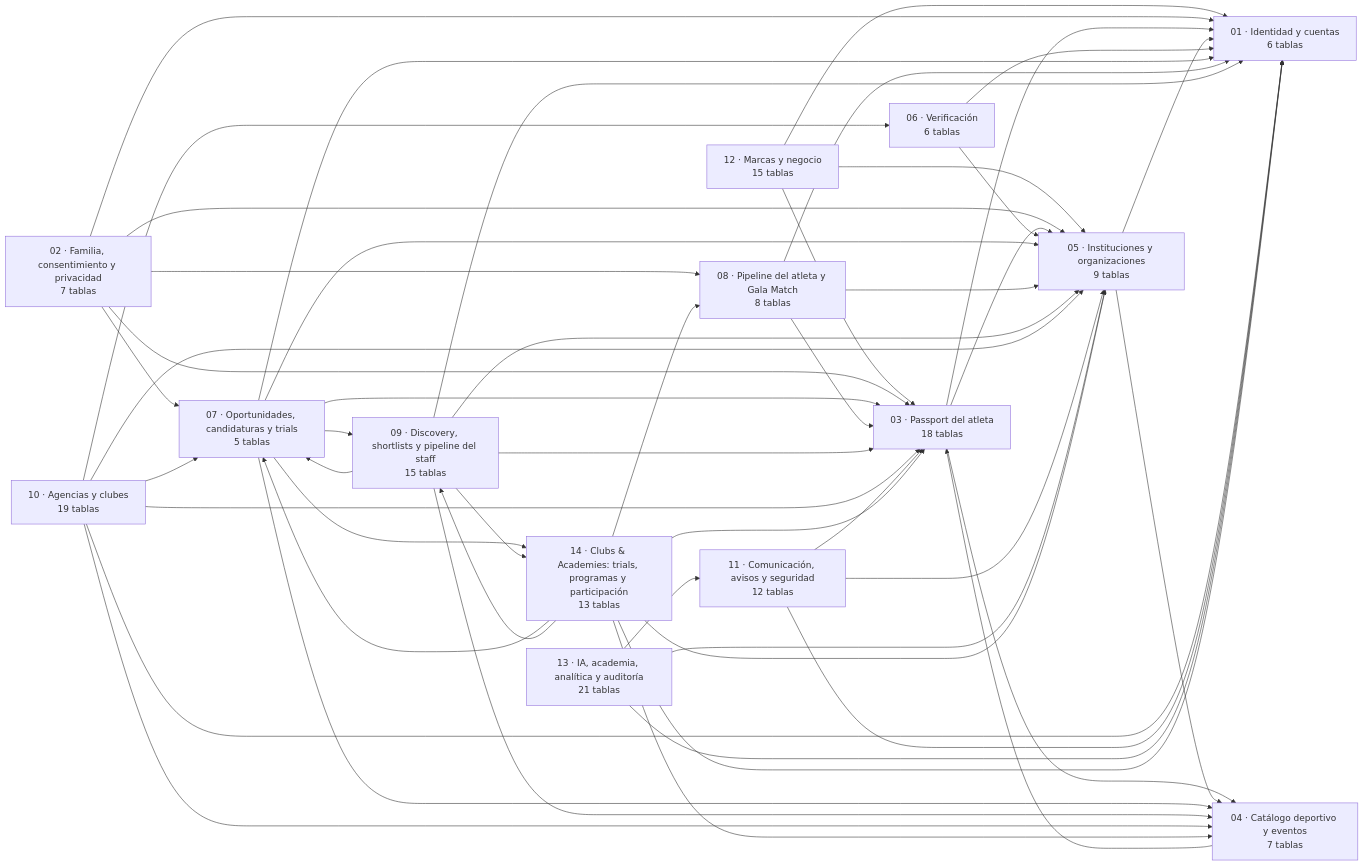
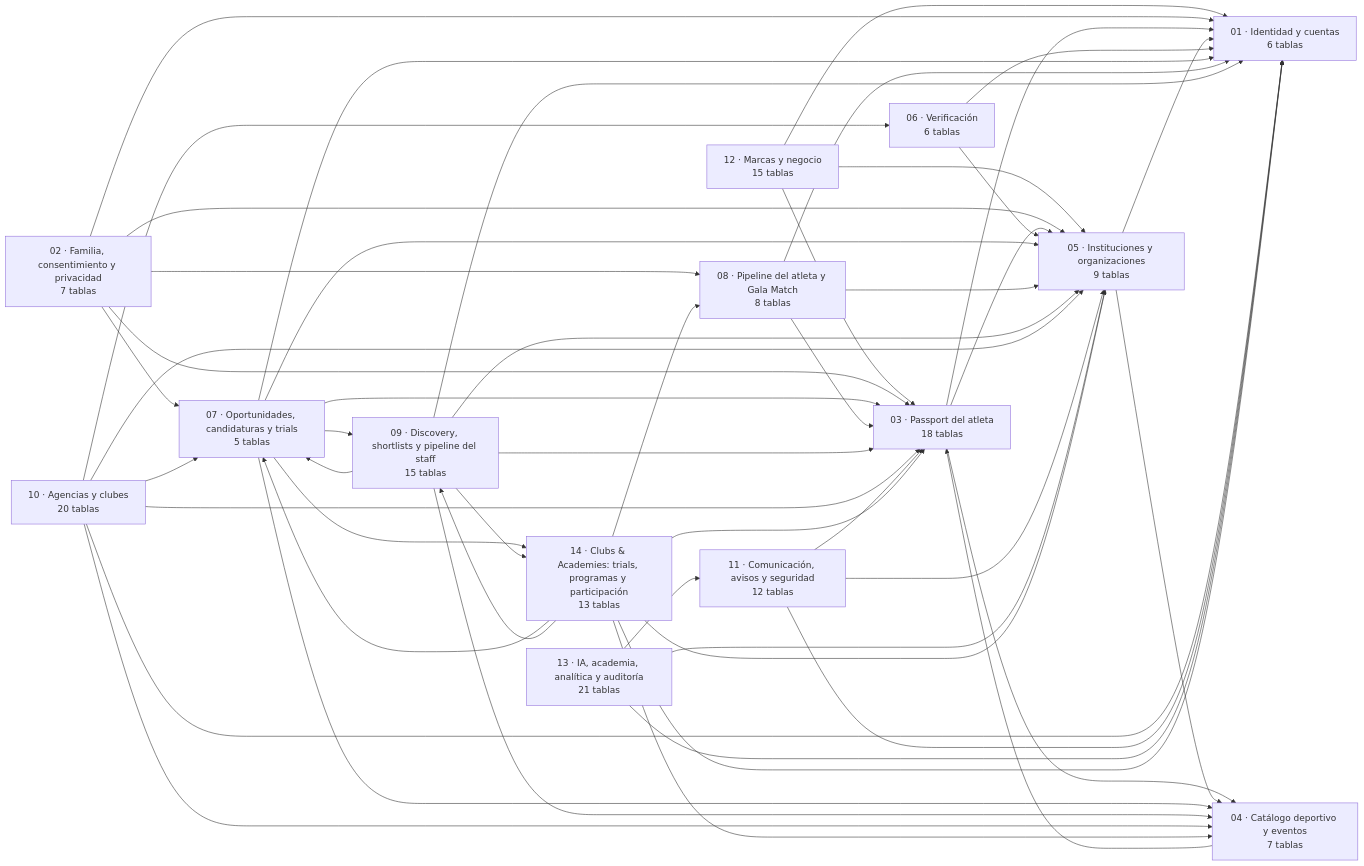
Before and after one commit to Galacamarena9/THE-GALA-ALLIANCE: the first of 2 diagrams in docs/erd/00-MASTER.md, drawn with Mermaid. The commit also changed other lines of this file and 19 other files, not shown here.

````diff
--- a/docs/erd/00-MASTER.md
+++ b/docs/erd/00-MASTER.md
@@ -13,67 +13,67 @@
 ```mermaid
 flowchart LR
   D01["01 · Identidad y cuentas<br>6 tablas"]
   D02["02 · Familia, consentimiento y privacidad<br>7 tablas"]
   D03["03 · Passport del atleta<br>18 tablas"]
   D04["04 · Catálogo deportivo y eventos<br>7 tablas"]
   D05["05 · Instituciones y organizaciones<br>9 tablas"]
   D06["06 · Verificación<br>6 tablas"]
   D07["07 · Oportunidades, candidaturas y trials<br>5 tablas"]
   D08["08 · Pipeline del atleta y Gala Match<br>8 tablas"]
   D09["09 · Discovery, shortlists y pipeline del staff<br>15 tablas"]
-  D10["10 · Agencias y clubes<br>19 tablas"]
+  D10["10 · Agencias y clubes<br>20 tablas"]
   D11["11 · Comunicación, avisos y seguridad<br>12 tablas"]
   D12["12 · Marcas y negocio<br>15 tablas"]
   D13["13 · IA, academia, analítica y auditoría<br>21 tablas"]
   D14["14 · Clubs & Academies: trials, programas y participación<br>13 tablas"]
   D12 --> D01
   D12 --> D03
   D12 --> D05
   D02 --> D01
   D02 --> D03
   D02 --> D05
   D02 --> D07
   D02 --> D08
   D03 --> D01
   D03 --> D04
   D03 --> D05
   D04 --> D03
   D05 --> D01
   D05 --> D04
   D06 --> D01
   D06 --> D05
   D07 --> D01
   D07 --> D03
   D07 --> D04
   D07 --> D05
   D07 --> D09
   D07 --> D14
   D08 --> D01
   D08 --> D03
   D08 --> D05
   D09 --> D01
   D09 --> D03
   D09 --> D04
   D09 --> D05
   D09 --> D07
   D09 --> D14
   D10 --> D01
   D10 --> D03
   D10 --> D04
   D10 --> D05
   D10 --> D06
   D10 --> D07
   D11 --> D01
   D11 --> D03
   D11 --> D05
   D13 --> D01
   D13 --> D05
   D13 --> D11
   D14 --> D01
   D14 --> D03
   D14 --> D04
   D14 --> D05
   D14 --> D07
   D14 --> D08
   D14 --> D09
 ```
````
